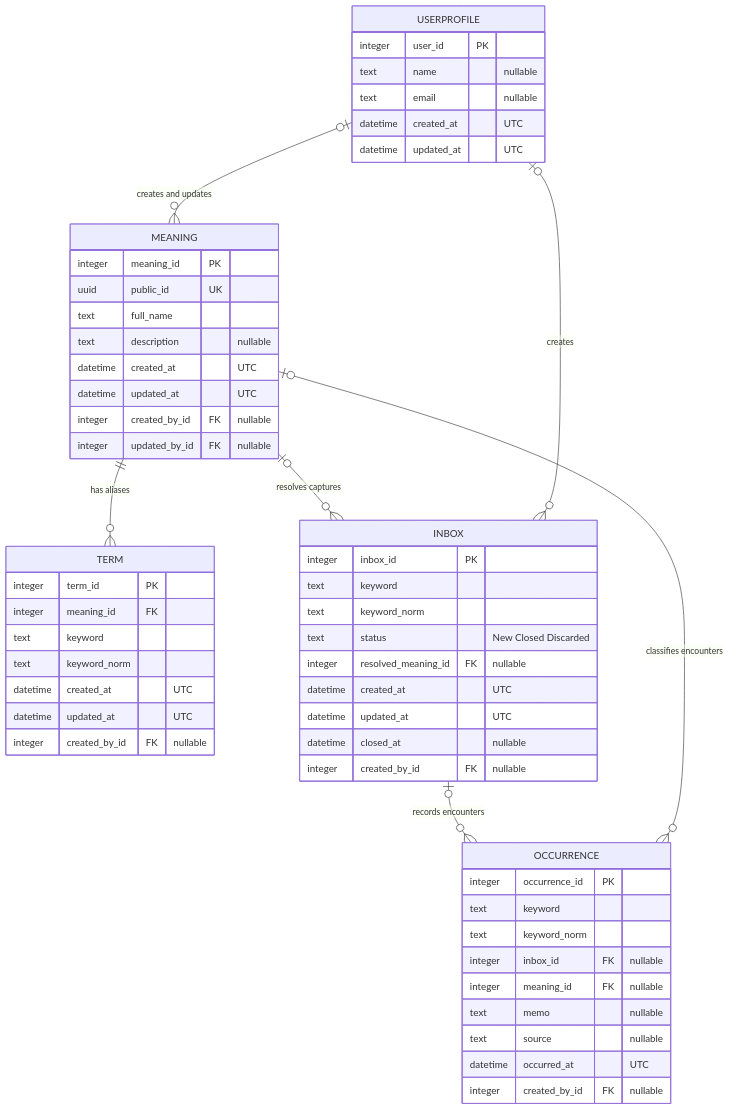
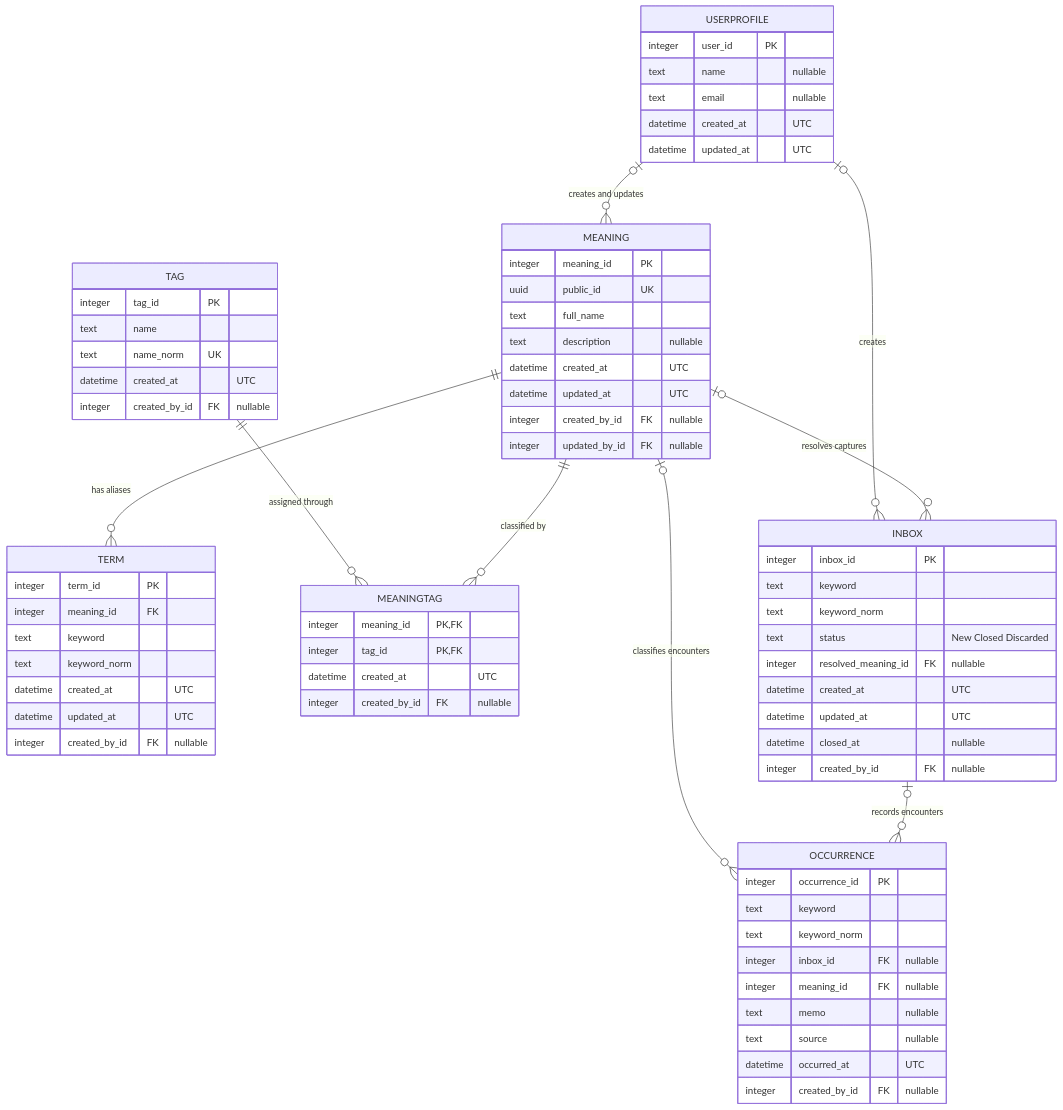
Before and after one commit to niikei/TermKeeper: the first of 2 diagrams in docs/003_domain_model.md, drawn with Mermaid. The commit also changed other lines of this file and 27 other files, not shown here.

Commit message:
feat: add meaning tags and tag filters

````diff
--- a/docs/003_domain_model.md
+++ b/docs/003_domain_model.md
@@ -14,63 +14,80 @@
 ```mermaid
 erDiagram
 
     MEANING ||--o{ TERM : "has aliases"
+    MEANING ||--o{ MEANINGTAG : "classified by"
+    TAG ||--o{ MEANINGTAG : "assigned through"
     MEANING o|--o{ INBOX : "resolves captures"
     INBOX o|--o{ OCCURRENCE : "records encounters"
     MEANING o|--o{ OCCURRENCE : "classifies encounters"
     USERPROFILE o|--o{ INBOX : "creates"
     USERPROFILE o|--o{ MEANING : "creates and updates"
 
     USERPROFILE {
         integer user_id PK
         text name "nullable"
         text email "nullable"
         datetime created_at "UTC"
         datetime updated_at "UTC"
     }
 
     MEANING {
         integer meaning_id PK
         uuid public_id UK
         text full_name
         text description "nullable"
         datetime created_at "UTC"
         datetime updated_at "UTC"
         integer created_by_id FK "nullable"
         integer updated_by_id FK "nullable"
     }
 
     TERM {
         integer term_id PK
         integer meaning_id FK
         text keyword
         text keyword_norm
         datetime created_at "UTC"
         datetime updated_at "UTC"
         integer created_by_id FK "nullable"
     }
 
+    TAG {
+        integer tag_id PK
+        text name
+        text name_norm UK
+        datetime created_at "UTC"
+        integer created_by_id FK "nullable"
+    }
+
+    MEANINGTAG {
+        integer meaning_id PK, FK
+        integer tag_id PK, FK
+        datetime created_at "UTC"
+        integer created_by_id FK "nullable"
+    }
+
     INBOX {
         integer inbox_id PK
         text keyword
         text keyword_norm
         text status "New Closed Discarded"
         integer resolved_meaning_id FK "nullable"
         datetime created_at "UTC"
         datetime updated_at "UTC"
         datetime closed_at "nullable"
         integer created_by_id FK "nullable"
     }
 
     OCCURRENCE {
         integer occurrence_id PK
         text keyword
         text keyword_norm
         integer inbox_id FK "nullable"
         integer meaning_id FK "nullable"
         text memo "nullable"
         text source "nullable"
         datetime occurred_at "UTC"
         integer created_by_id FK "nullable"
     }
 ```
````
